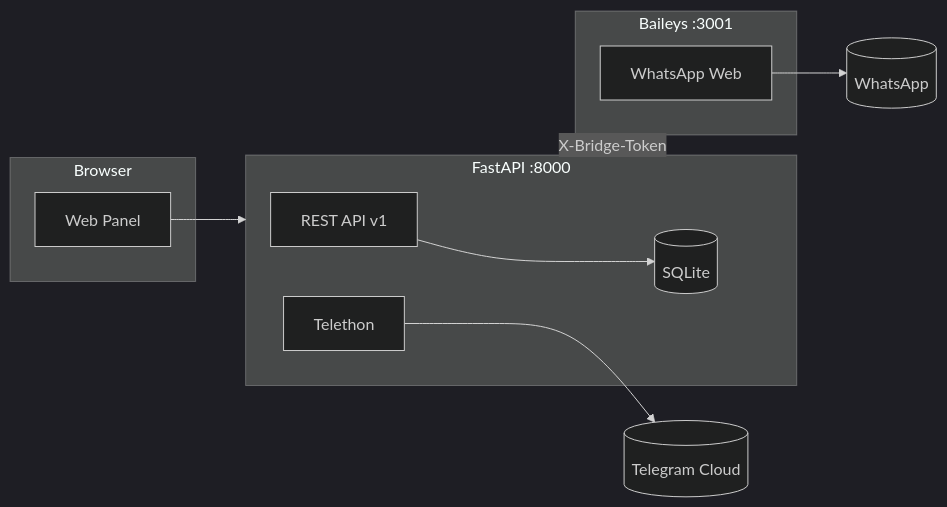
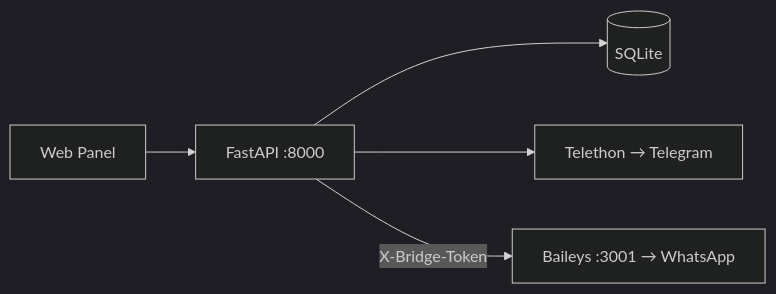
Before and after one commit to bunyamindemir1/telegram-whatsapp-panel: the diagram in README.md, drawn with Mermaid (dark theme). The commit also changed other lines of this file and 9 other files, not shown here.

````diff
--- a/README.md
+++ b/README.md
@@ -130,19 +141,7 @@
 ```mermaid
 flowchart LR
-  subgraph Browser
-    UI[Web Panel]
-  end
-  subgraph Panel["FastAPI :8000"]
-    API[REST API v1]
-    DB[(SQLite)]
-    TG[Telethon]
-  end
-  subgraph Bridge["Baileys :3001"]
-    WA[WhatsApp Web]
-  end
-  UI --> Panel
-  API --> DB
-  TG --> Telegram[(Telegram Cloud)]
-  Panel -->|X-Bridge-Token| Bridge
-  WA --> WhatsApp[(WhatsApp)]
+  UI[Web Panel] --> API[FastAPI :8000]
+  API --> DB[(SQLite)]
+  API --> TG[Telethon → Telegram]
+  API -->|X-Bridge-Token| BR[Baileys :3001 → WhatsApp]
 ```
````
